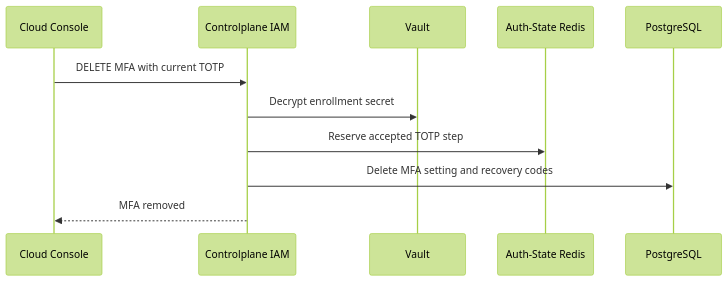
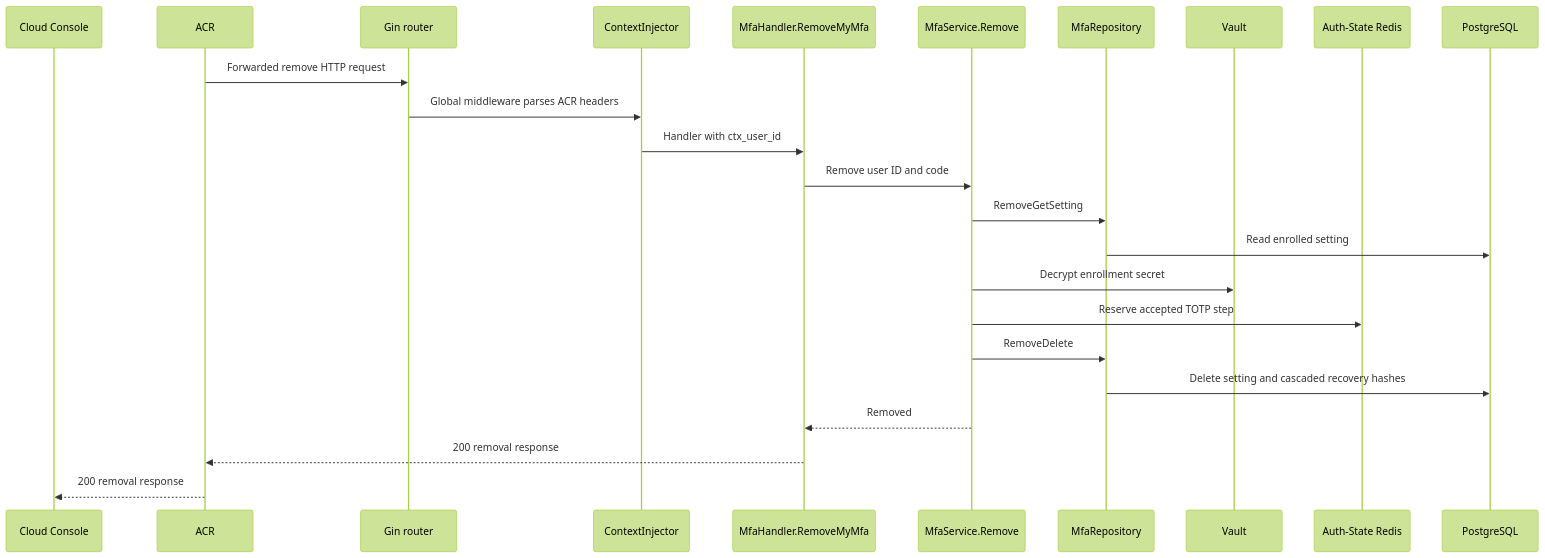
The second of 2 diagrams in god_view/iam/user_mfa_removal_god_view_workflow.md (phucle996/aurora), drawn with Mermaid (forest theme) before and after one commit. The commit also changed other lines of this file and 165 other files, not shown here.

````diff
--- a/god_view/iam/user_mfa_removal_god_view_workflow.md
+++ b/god_view/iam/user_mfa_removal_god_view_workflow.md
@@ -31,14 +91,27 @@
 ```mermaid
 sequenceDiagram
     participant UI as Cloud Console
-    participant IAM as Controlplane IAM
+    participant A as ACR
+    participant G as Gin router
+    participant M as ContextInjector
+    participant H as MfaHandler.RemoveMyMfa
+    participant S as MfaService.Remove
+    participant Repo as MfaRepository
     participant V as Vault
     participant R as Auth-State Redis
     participant DB as PostgreSQL
 
-    UI->>IAM: DELETE MFA with current TOTP
-    IAM->>V: Decrypt enrollment secret
-    IAM->>R: Reserve accepted TOTP step
-    IAM->>DB: Delete MFA setting and recovery codes
-    IAM-->>UI: MFA removed
+    A->>G: Forwarded remove HTTP request
+    G->>M: Global middleware parses ACR headers
+    M->>H: Handler with ctx_user_id
+    H->>S: Remove user ID and code
+    S->>Repo: RemoveGetSetting
+    Repo->>DB: Read enrolled setting
+    S->>V: Decrypt enrollment secret
+    S->>R: Reserve accepted TOTP step
+    S->>Repo: RemoveDelete
+    Repo->>DB: Delete setting and cascaded recovery hashes
+    S-->>H: Removed
+    H-->>A: 200 removal response
+    A-->>UI: 200 removal response
 ```
````
